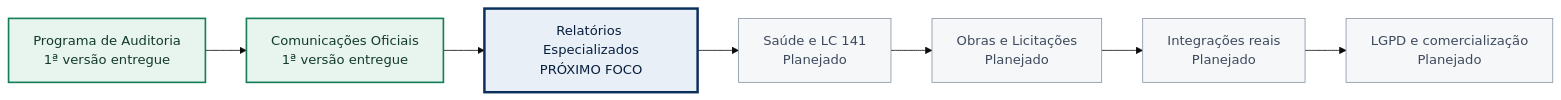
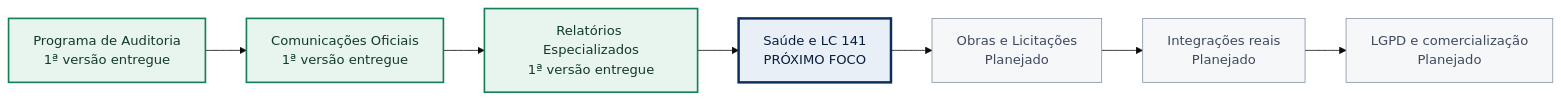
The second of 3 diagrams in docs/roadmap-modulos.md (matssz/trilhagov), drawn with Mermaid (base theme) before and after one commit. The commit also changed other lines of this file and 15 other files, not shown here.

````diff
--- a/docs/roadmap-modulos.md
+++ b/docs/roadmap-modulos.md
@@ -36,19 +36,19 @@
 ```mermaid
 flowchart LR
     A["Programa de Auditoria<br/>1ª versão entregue"]
     B["Comunicações Oficiais<br/>1ª versão entregue"]
-    C["Relatórios Especializados<br/>PRÓXIMO FOCO"]
-    D["Saúde e LC 141<br/>Planejado"]
+    C["Relatórios Especializados<br/>1ª versão entregue"]
+    D["Saúde e LC 141<br/>PRÓXIMO FOCO"]
     E["Obras e Licitações<br/>Planejado"]
     F["Integrações reais<br/>Planejado"]
     G["LGPD e comercialização<br/>Planejado"]
 
     A --> B --> C --> D --> E --> F --> G
 
     classDef delivered fill:#e8f4ee,stroke:#157f57,color:#123b2d,stroke-width:2px;
     classDef focus fill:#e8eff7,stroke:#0a2f5a,color:#071f3d,stroke-width:3px;
     classDef planned fill:#f5f7f9,stroke:#8995a5,color:#3e4a5d,stroke-width:1px;
-    class A,B delivered;
-    class C focus;
-    class D,E,F,G planned;
+    class A,B,C delivered;
+    class D focus;
+    class E,F,G planned;
 ```
````
